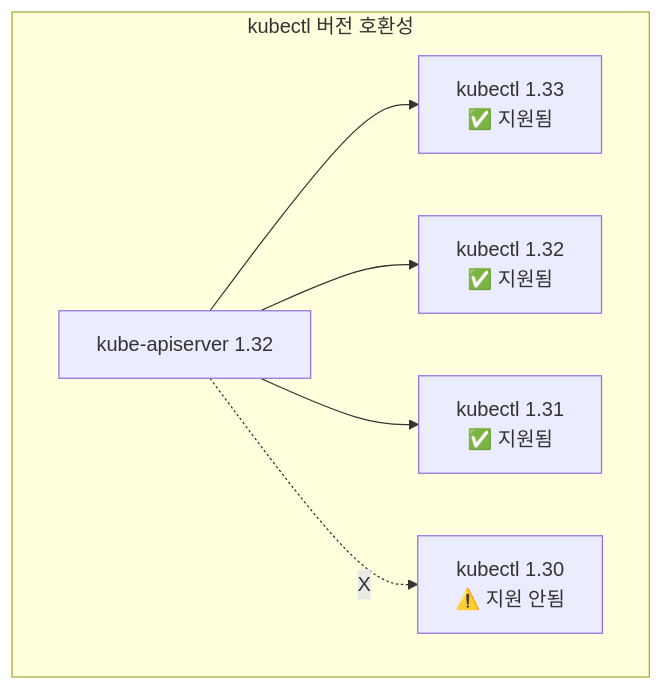
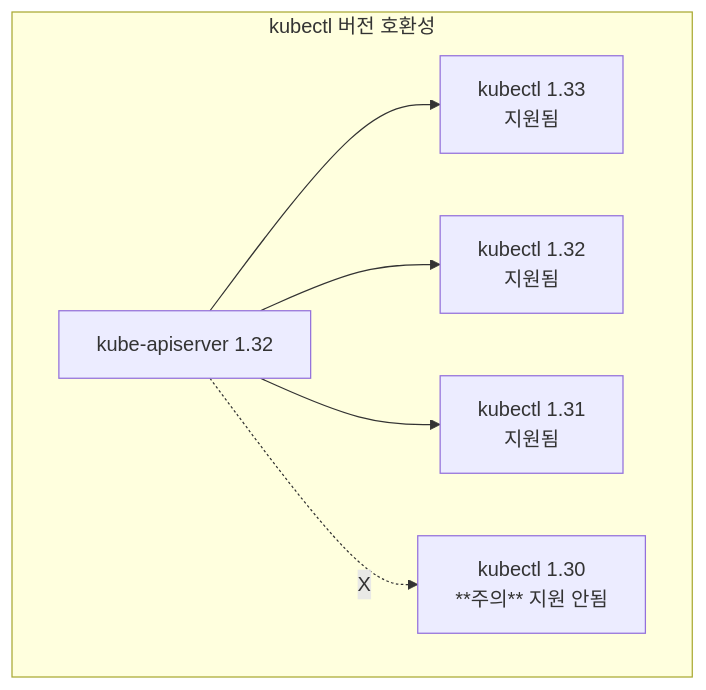
Diagram 27 of 41 in docs/cicd/week1-image-build.md (juwon8891/juwon8891.github.io), drawn with Mermaid before and after one commit. The commit also changed other lines of this file and 25 other files, not shown here.

````diff
--- a/docs/cicd/week1-image-build.md
+++ b/docs/cicd/week1-image-build.md
@@ -1733,17 +1730,18 @@
 ```mermaid
 graph TB
     subgraph "kubectl 버전 호환성"
         API_132[kube-apiserver 1.32]
 
-        KUBECTL_133[kubectl 1.33<br/>✅ 지원됨]
-        KUBECTL_132[kubectl 1.32<br/>✅ 지원됨]
-        KUBECTL_131[kubectl 1.31<br/>✅ 지원됨]
-        KUBECTL_130[kubectl 1.30<br/>⚠️ 지원 안됨]
+        KUBECTL_133[kubectl 1.33<br/>지원됨]
+        KUBECTL_132[kubectl 1.32<br/>지원됨]
+        KUBECTL_131[kubectl 1.31<br/>지원됨]
+        KUBECTL_130[kubectl 1.30<br/>**주의** 지원 안됨]
 
         API_132 --> KUBECTL_133
         API_132 --> KUBECTL_132
         API_132 --> KUBECTL_131
         API_132 -.->|X| KUBECTL_130
 
     end
+
 ```
````
